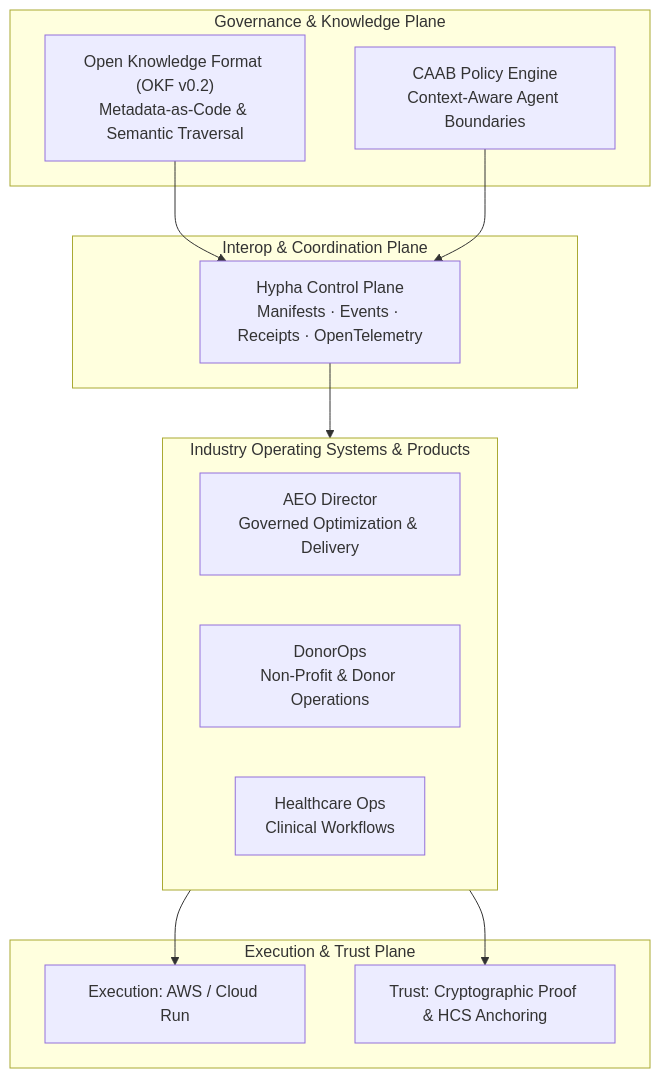
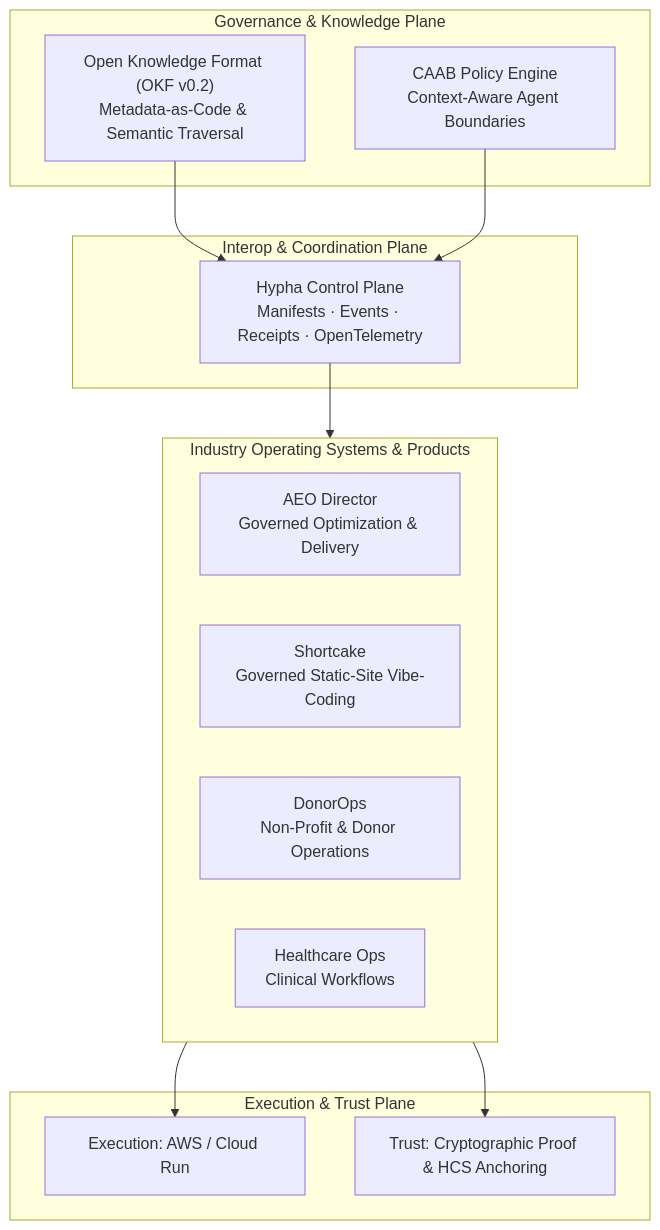
The diagram in README.md (wun-ai/.github), drawn with Mermaid before and after one commit. The commit also changed other lines of this file and 1 other file, not shown here.

Commit message:
docs: include Shortcake in architecture diagram and ecosystem table

````diff
--- a/README.md
+++ b/README.md
@@ -20,28 +20,29 @@
 ```mermaid
 flowchart TD
     subgraph Governance["Governance & Knowledge Plane"]
         OKF["Open Knowledge Format (OKF v0.2)\nMetadata-as-Code & Semantic Traversal"]
         CAAB["CAAB Policy Engine\nContext-Aware Agent Boundaries"]
     end
 
     subgraph Control["Interop & Coordination Plane"]
         Hypha["Hypha Control Plane\nManifests · Events · Receipts · OpenTelemetry"]
     end
 
     subgraph Solutions["Industry Operating Systems & Products"]
         AEOD["AEO Director\nGoverned Optimization & Delivery"]
+        Shortcake["Shortcake\nGoverned Static-Site Vibe-Coding"]
         DonorOps["DonorOps\nNon-Profit & Donor Operations"]
         Health["Healthcare Ops\nClinical Workflows"]
     end
 
     subgraph Infrastructure["Execution & Trust Plane"]
         AWS["Execution: AWS / Cloud Run"]
         Trust["Trust: Cryptographic Proof & HCS Anchoring"]
     end
 
     OKF --> Hypha
     CAAB --> Hypha
     Hypha --> Solutions
     Solutions --> AWS
     Solutions --> Trust
 ```
````
